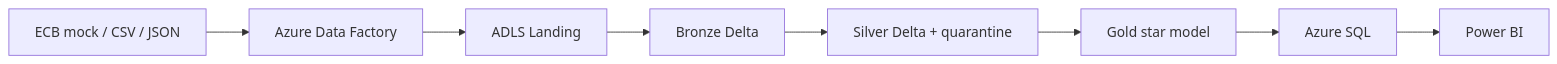
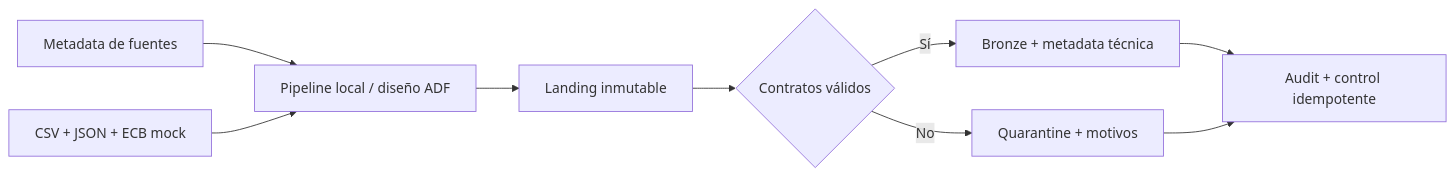
One commit to franciscosalaspla/data-engineering-portfolio changed the diagram in 23-azure-adf-databricks-bank-fx/README.md. Above: the diagram before and after it, drawn with Mermaid. The commit also changed other lines of this file and 27 other files, not shown here.

Commit message:
feat(project-23): add ADF Landing and Bronze ingestion

````diff
--- a/23-azure-adf-databricks-bank-fx/README.md
+++ b/23-azure-adf-databricks-bank-fx/README.md
@@ -39,10 +38,11 @@
 ```mermaid
 flowchart LR
-    S["ECB mock / CSV / JSON"] --> A["Azure Data Factory"]
-    A --> L["ADLS Landing"]
-    L --> B["Bronze Delta"]
-    B --> V["Silver Delta + quarantine"]
-    V --> G["Gold star model"]
-    G --> Q["Azure SQL"]
-    Q --> P["Power BI"]
+    C["Metadata de fuentes"] --> P["Pipeline local / diseño ADF"]
+    S["CSV + JSON + ECB mock"] --> P
+    P --> L["Landing inmutable"]
+    L --> V{"Contratos válidos"}
+    V -->|Sí| B["Bronze + metadata técnica"]
+    V -->|No| Q["Quarantine + motivos"]
+    B --> A["Audit + control idempotente"]
+    Q --> A
 ```
````
